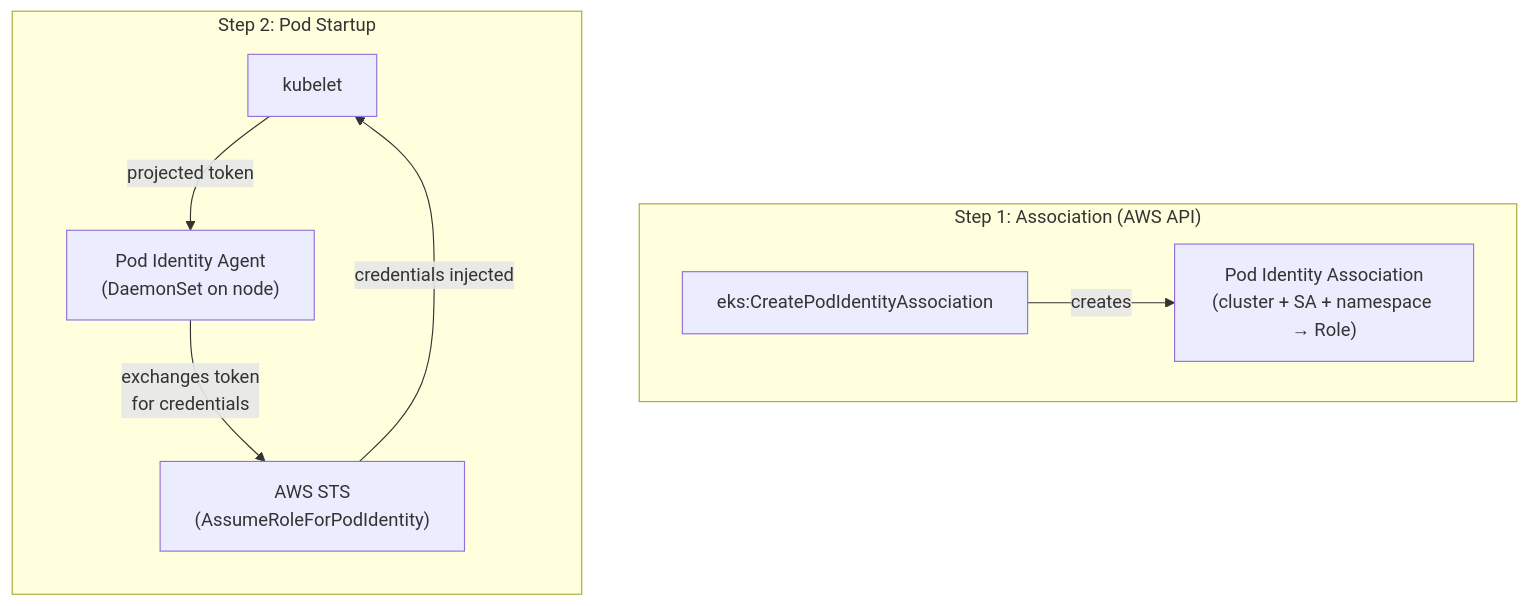
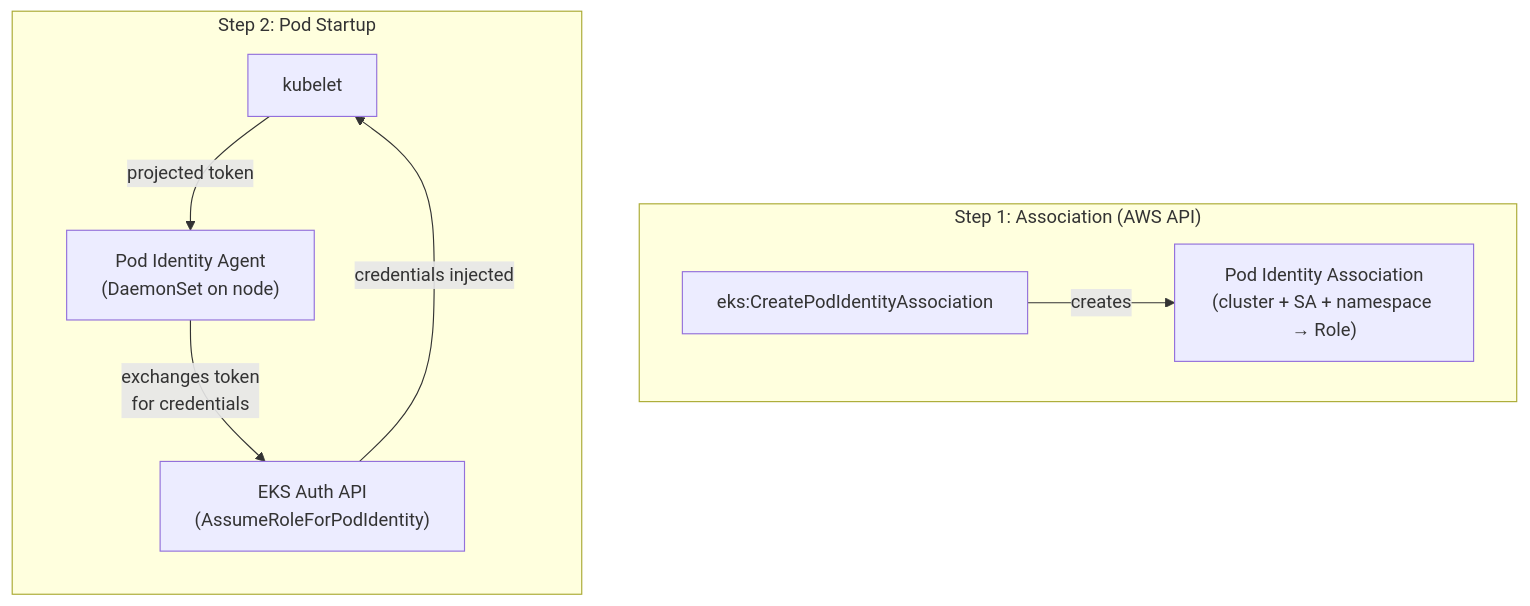
One commit to kube-dojo/kube-dojo changed the fourth of 7 diagrams in src/content/docs/cloud/eks-deep-dive/module-5.3-eks-identity.md. Above: the diagram before and after it, drawn with Mermaid. The commit also changed other lines of this file and 2 other files, not shown here.

Commit message:
chore(content): cloud EKS wave 5a review fixes (5.1 arch + 5.2 net + 5.3 identity)

````diff
--- a/src/content/docs/cloud/eks-deep-dive/module-5.3-eks-identity.md
+++ b/src/content/docs/cloud/eks-deep-dive/module-5.3-eks-identity.md
@@ -250,18 +250,18 @@
 ```mermaid
 flowchart TD
     subgraph Step1["Step 1: Association (AWS API)"]
         direction LR
         EKSAPI["eks:CreatePodIdentityAssociation"] -->|"creates"| Assoc["Pod Identity Association<br>(cluster + SA + namespace → Role)"]
     end
 
     subgraph Step2["Step 2: Pod Startup"]
         direction TB
         Kubelet["kubelet"]
         Agent["Pod Identity Agent<br>(DaemonSet on node)"]
-        STS["AWS STS<br>(AssumeRoleForPodIdentity)"]
+        EKSAuth["EKS Auth API<br>(AssumeRoleForPodIdentity)"]
         
         Kubelet -->|"projected token"| Agent
-        Agent -->|"exchanges token<br>for credentials"| STS
-        STS -->|"credentials injected"| Kubelet
+        Agent -->|"exchanges token<br>for credentials"| EKSAuth
+        EKSAuth -->|"credentials injected"| Kubelet
     end
 ```
````
